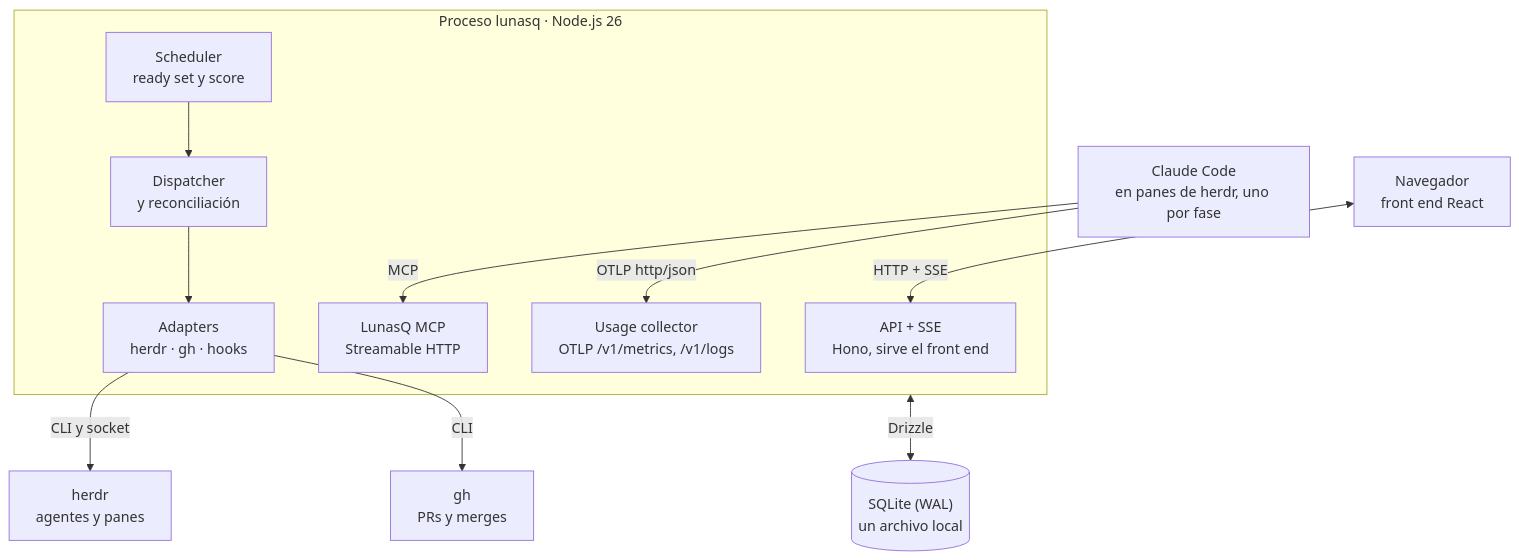
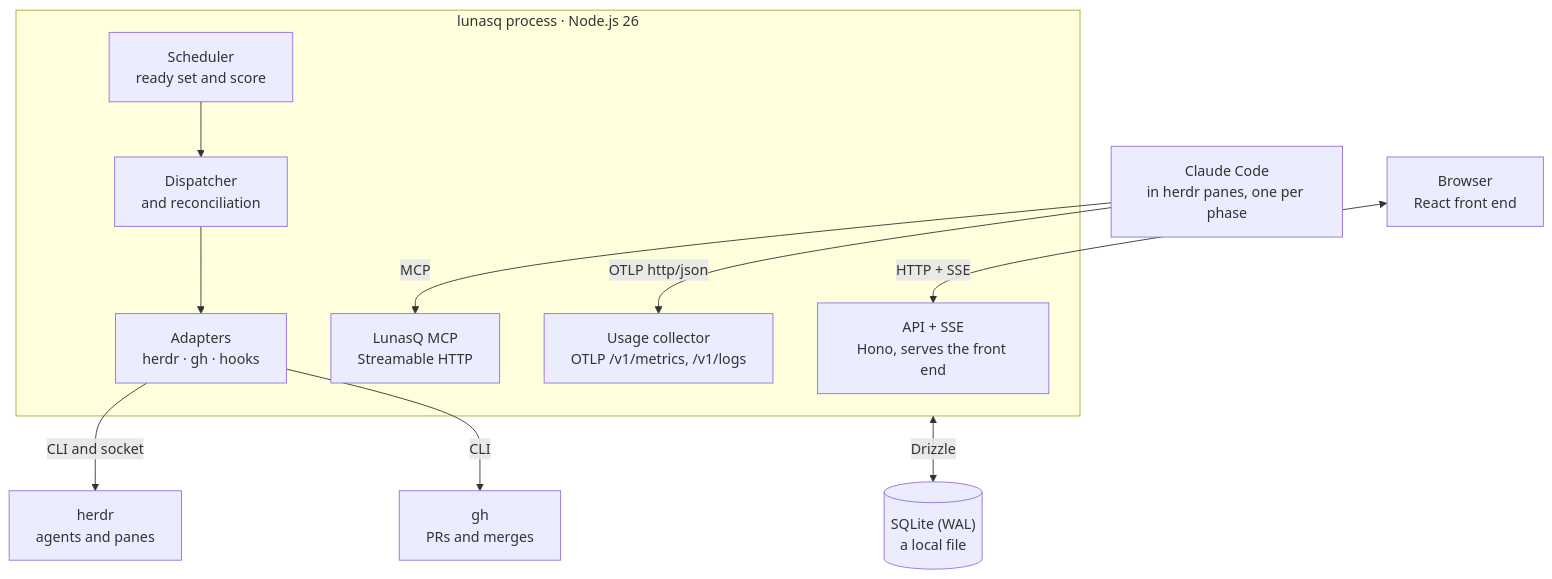
Before and after one commit to sergiowero/lunas-queue: the diagram in docs/tech-stack.md, drawn with Mermaid. The commit also changed other lines of this file and 568 other files, not shown here.

````diff
--- a/docs/tech-stack.md
+++ b/docs/tech-stack.md
@@ -34,24 +34,24 @@
 ```mermaid
 flowchart TB
-    BR["Navegador<br/>front end React"]
-    CC["Claude Code<br/>en panes de herdr, uno por fase"]
-    subgraph P["Proceso lunasq · Node.js 26"]
-        API["API + SSE<br/>Hono, sirve el front end"]
+    BR["Browser<br/>React front end"]
+    CC["Claude Code<br/>in herdr panes, one per phase"]
+    subgraph P["lunasq process · Node.js 26"]
+        API["API + SSE<br/>Hono, serves the front end"]
         MCP["LunasQ MCP<br/>Streamable HTTP"]
         UC["Usage collector<br/>OTLP /v1/metrics, /v1/logs"]
-        SCH["Scheduler<br/>ready set y score"]
-        DIS["Dispatcher<br/>y reconciliación"]
+        SCH["Scheduler<br/>ready set and score"]
+        DIS["Dispatcher<br/>and reconciliation"]
         AD["Adapters<br/>herdr · gh · hooks"]
         SCH --> DIS --> AD
     end
-    DB[("SQLite (WAL)<br/>un archivo local")]
-    HE["herdr<br/>agentes y panes"]
-    GH["gh<br/>PRs y merges"]
+    DB[("SQLite (WAL)<br/>a local file")]
+    HE["herdr<br/>agents and panes"]
+    GH["gh<br/>PRs and merges"]
 
     BR <-->|HTTP + SSE| API
     CC -->|MCP| MCP
     CC -->|OTLP http/json| UC
     P <-->|Drizzle| DB
-    AD -->|CLI y socket| HE
+    AD -->|CLI and socket| HE
     AD -->|CLI| GH
 ```
````
